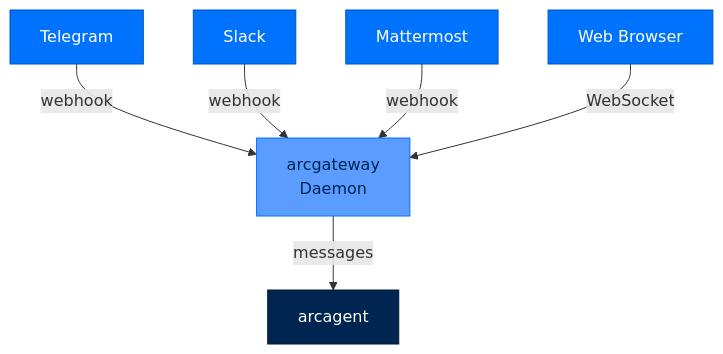
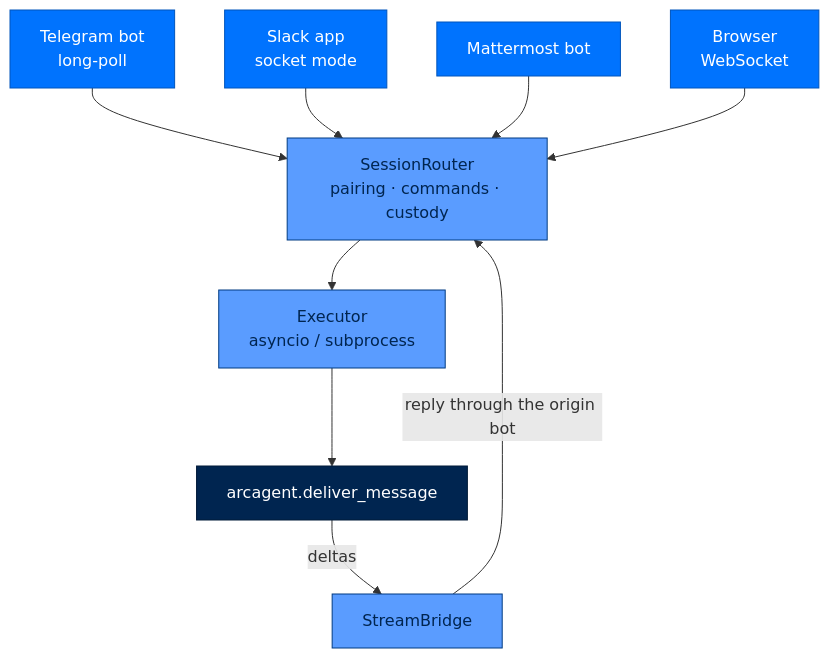
The first of 2 diagrams in docs/building/packages/arcgateway.md (joshuamschultz/Arc), drawn with Mermaid before and after one commit. The commit also changed other lines of this file and 13 other files, not shown here.

````diff
--- a/docs/building/packages/arcgateway.md
+++ b/docs/building/packages/arcgateway.md
@@ -17,13 +27,16 @@
 ```mermaid
 flowchart TB
-    classDef gateway fill:#5A9CFF,stroke:#0073FE,color:#002550
     classDef platform fill:#0073FE,stroke:#0055BC,color:#FFFFFF
+    classDef gateway fill:#5A9CFF,stroke:#003B82,color:#002550
     classDef agent fill:#002550,stroke:#001A38,color:#FFFFFF
 
-    Telegram[Telegram]:::platform -->|webhook| arcgateway[arcgateway<br/>Daemon]:::gateway
-    Slack[Slack]:::platform -->|webhook| arcgateway
-    Mattermost[Mattermost]:::platform -->|webhook| arcgateway
-    Web[Web Browser]:::platform -->|WebSocket| arcgateway
-    
-    arcgateway -->|messages| arcagent[arcagent]:::agent
+    TG[Telegram bot<br/>long-poll]:::platform --> RT
+    SL[Slack app<br/>socket mode]:::platform --> RT
+    MM[Mattermost bot]:::platform --> RT
+    WEB[Browser<br/>WebSocket]:::platform --> RT
+
+    RT["SessionRouter<br/>pairing · commands · custody"]:::gateway --> EX["Executor<br/>asyncio / subprocess"]:::gateway
+    EX --> AG["arcagent.deliver_message"]:::agent
+    AG -->|deltas| SB["StreamBridge"]:::gateway
+    SB -->|reply through the origin bot| RT
 ```
````
